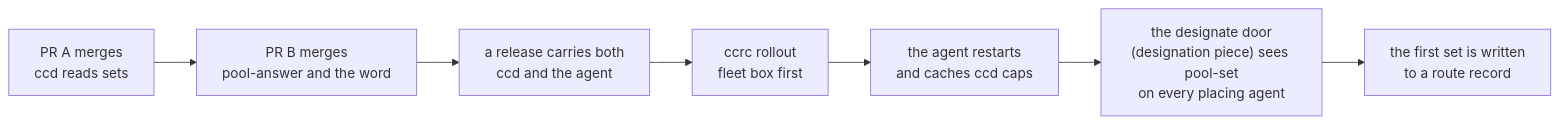
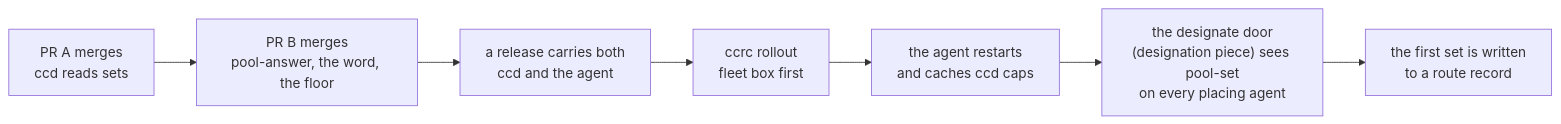
One commit to Synapsium-Labs/ccrc-pwa changed the second of 2 diagrams in docs/superpowers/plans/2026-11-14-overlord-w1/w1-pool-set.md. Above: the diagram before and after it, drawn with Mermaid. The commit also changed other lines of this file, not shown here.

First line of the commit message:
docs(plan): pool set takes review 2075's F3, F6 and F8

````diff
--- a/docs/superpowers/plans/2026-11-14-overlord-w1/w1-pool-set.md
+++ b/docs/superpowers/plans/2026-11-14-overlord-w1/w1-pool-set.md
@@ -581,9 +719,9 @@
 ```mermaid
 flowchart LR
-  A["PR A merges<br/>ccd reads sets"] --> B["PR B merges<br/>pool-answer and the word"]
+  A["PR A merges<br/>ccd reads sets"] --> B["PR B merges<br/>pool-answer, the word, the floor"]
   B --> R["a release carries both<br/>ccd and the agent"]
   R --> U["ccrc rollout<br/>fleet box first"]
   U --> C["the agent restarts<br/>and caches ccd caps"]
   C --> D["the designate door<br/>(designation piece) sees pool-set<br/>on every placing agent"]
   D --> W["the first set is written<br/>to a route record"]
 ```
````
